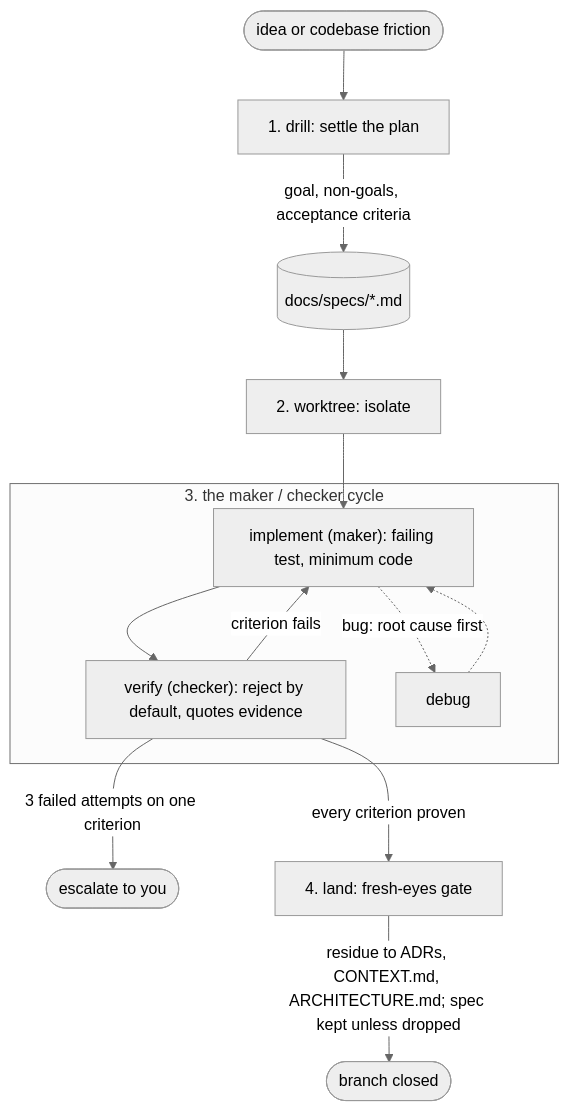
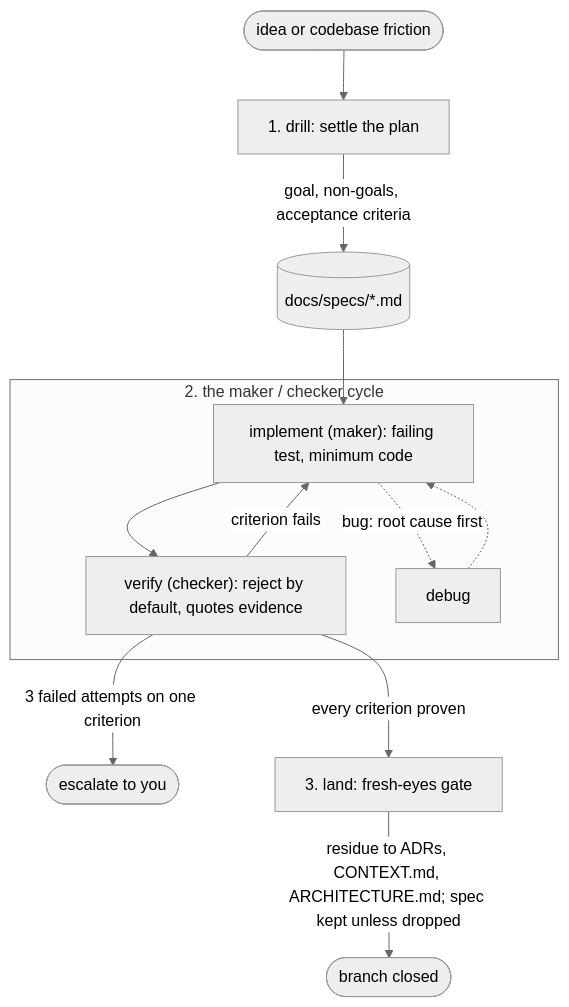
One commit to gitshrl/skills changed the diagram in README.md. Above: the diagram before and after it, drawn with Mermaid (neutral theme). The commit also changed other lines of this file and 11 other files, not shown here.

````diff
--- a/README.md
+++ b/README.md
@@ -60,18 +60,17 @@
 ```mermaid
 flowchart TD
     idea([idea or codebase friction]) --> drill["1. drill: settle the plan"]
     drill -- "goal, non-goals, acceptance criteria" --> spec[("docs/specs/*.md")]
-    spec --> wt["2. worktree: isolate"]
-    wt --> impl
+    spec --> impl
 
-    subgraph cycle["3. the maker / checker cycle"]
+    subgraph cycle["2. the maker / checker cycle"]
         impl["implement (maker): failing test, minimum code"] --> verify["verify (checker): reject by default, quotes evidence"]
         verify -- "criterion fails" --> impl
         impl -. "bug: root cause first" .-> debug
         debug -.-> impl
     end
 
     verify -- "3 failed attempts on one criterion" --> you(["escalate to you"])
-    verify -- "every criterion proven" --> land["4. land: fresh-eyes gate"]
+    verify -- "every criterion proven" --> land["3. land: fresh-eyes gate"]
     land -- "residue to ADRs, CONTEXT.md, ARCHITECTURE.md; spec kept unless dropped" --> done([branch closed])
 ```
````
